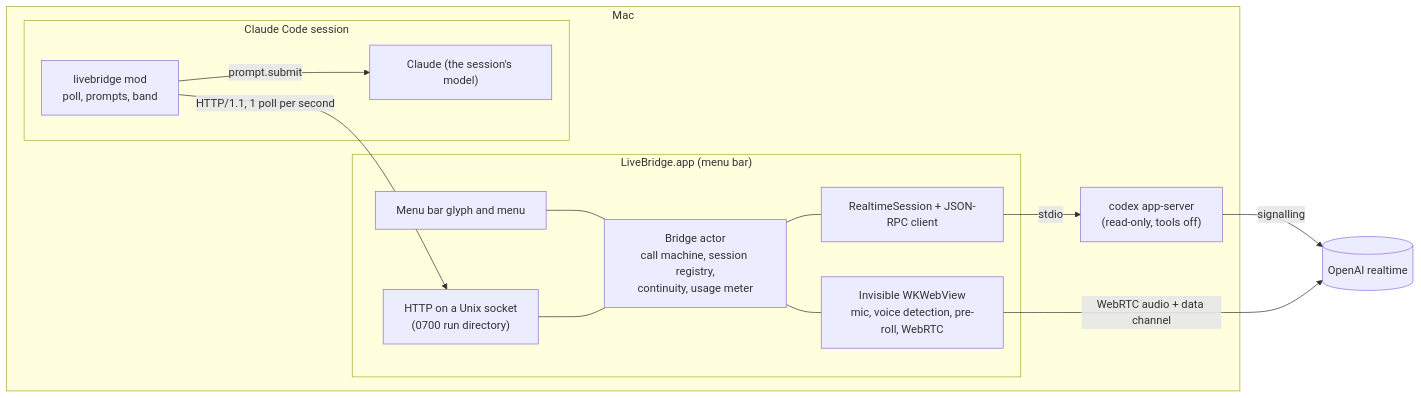
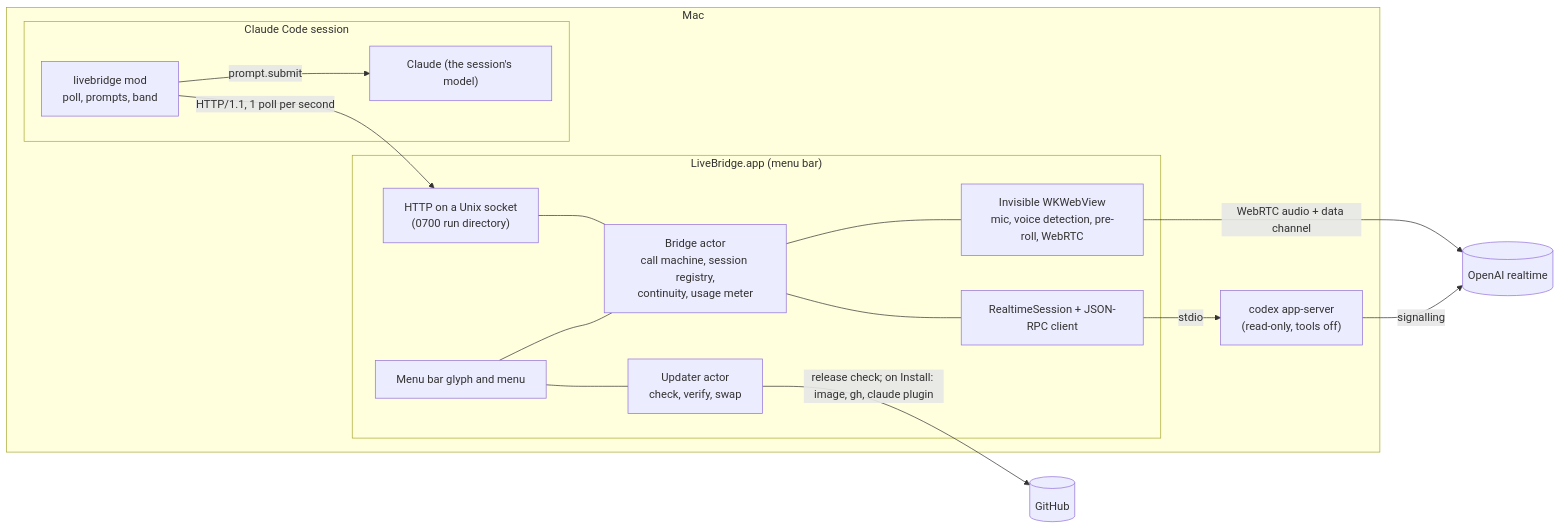
The first of 8 diagrams in docs/architecture/overview.md (Nezhinskiy/claude-gpt-live-bridge), drawn with Mermaid before and after one commit. The commit also changed other lines of this file and 5 other files, not shown here.

First line of the commit message:
docs: in-app update in SECURITY, an ADR, the architecture and the release steps

````diff
--- a/docs/architecture/overview.md
+++ b/docs/architecture/overview.md
@@ -10,27 +10,31 @@
 ```mermaid
 flowchart LR
   subgraph Mac
     subgraph App["LiveBridge.app (menu bar)"]
       UI["Menu bar glyph and menu"]
       Bridge["Bridge actor<br/>call machine, session registry,<br/>continuity, usage meter"]
       Server["HTTP on a Unix socket<br/>(0700 run directory)"]
       Codex["RealtimeSession + JSON-RPC client"]
       Audio["Invisible WKWebView<br/>mic, voice detection, pre-roll, WebRTC"]
+      Updater["Updater actor<br/>check, verify, swap"]
     end
     CodexProc["codex app-server<br/>(read-only, tools off)"]
     subgraph Engine["Claude Code session"]
       Mod["livebridge mod<br/>poll, prompts, band"]
       Claude["Claude (the session's model)"]
     end
   end
   OpenAI[("OpenAI realtime")]
+  GitHub[("GitHub")]
   UI --- Bridge
+  UI --- Updater
+  Updater -- "release check; on Install: image, gh, claude plugin" --> GitHub
   Server --- Bridge
   Bridge --- Codex
   Bridge --- Audio
   Codex -- stdio --> CodexProc
   CodexProc -- signalling --> OpenAI
   Audio -- "WebRTC audio + data channel" --> OpenAI
   Mod -- "HTTP/1.1, 1 poll per second" --> Server
   Mod -- "prompt.submit" --> Claude
 ```
````
